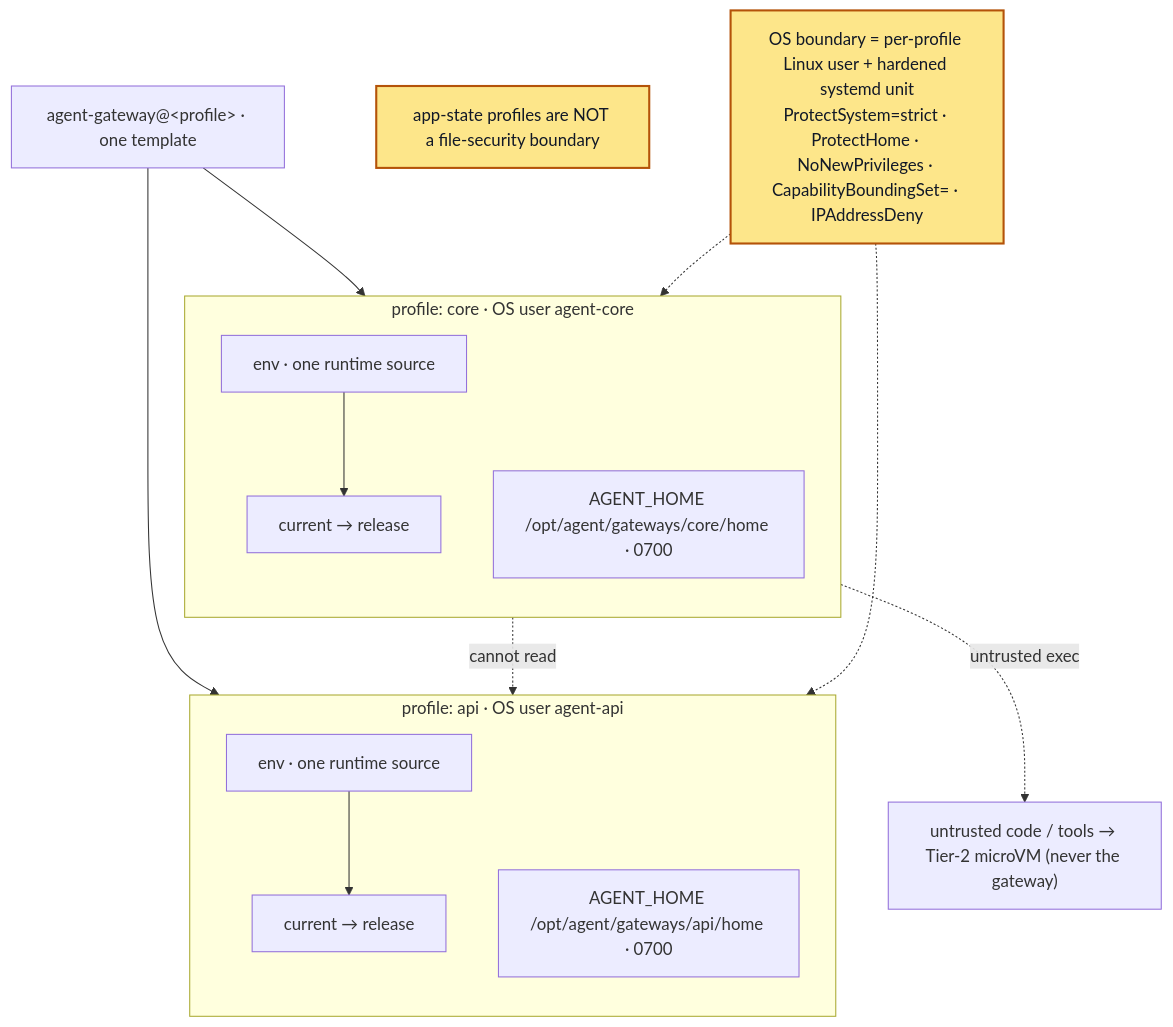
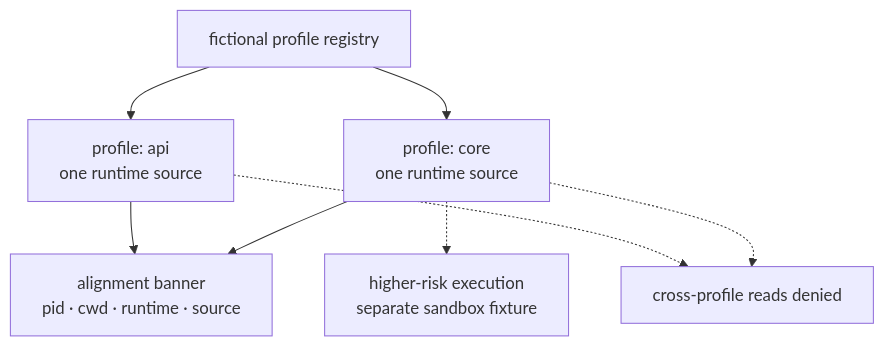
Before and after one commit to sambegui/agent-vm: the diagram in docs/architecture/03-gateway-runtime-layout.md, drawn with Mermaid. The commit also changed other lines of this file and 55 other files, not shown here.

````diff
--- a/docs/architecture/03-gateway-runtime-layout.md
+++ b/docs/architecture/03-gateway-runtime-layout.md
@@ -9,24 +27,17 @@
 ```mermaid
 flowchart TB
-    classDef warn fill:#fde68a,stroke:#b45309,stroke-width:2px,color:#111827;
-    TMPL["agent-gateway@&lt;profile&gt; · one template"]
-    subgraph P1["profile: core · OS user agent-core"]
-        direction TB
-        E1["env · one runtime source"] --> C1["current → release"]
-        H1["AGENT_HOME /opt/agent/gateways/core/home · 0700"]
-    end
-    subgraph P2["profile: api · OS user agent-api"]
-        direction TB
-        E2["env · one runtime source"] --> C2["current → release"]
-        H2["AGENT_HOME /opt/agent/gateways/api/home · 0700"]
-    end
-    TMPL --> P1
-    TMPL --> P2
-    WARN["app-state profiles are NOT a file-security boundary"]:::warn
-    HARD["OS boundary = per-profile Linux user + hardened systemd unit<br/>ProtectSystem=strict · ProtectHome · NoNewPrivileges · CapabilityBoundingSet= · IPAddressDeny"]:::warn
-    EXEC["untrusted code / tools → Tier-2 microVM (never the gateway)"]
-    P1 -.->|"cannot read"| P2
-    P1 -.->|"untrusted exec"| EXEC
-    HARD -.-> P1
-    HARD -.-> P2
+    REG["fictional profile registry"]
+    P1["profile: core<br/>one runtime source"]
+    P2["profile: api<br/>one runtime source"]
+    PROOF["alignment banner<br/>pid · cwd · runtime · source"]
+    DENY["cross-profile reads denied"]
+    EXEC["higher-risk execution<br/>separate sandbox fixture"]
+
+    REG --> P1
+    REG --> P2
+    P1 --> PROOF
+    P2 --> PROOF
+    P1 -.-> DENY
+    P2 -.-> DENY
+    P1 -.-> EXEC
 ```
````
